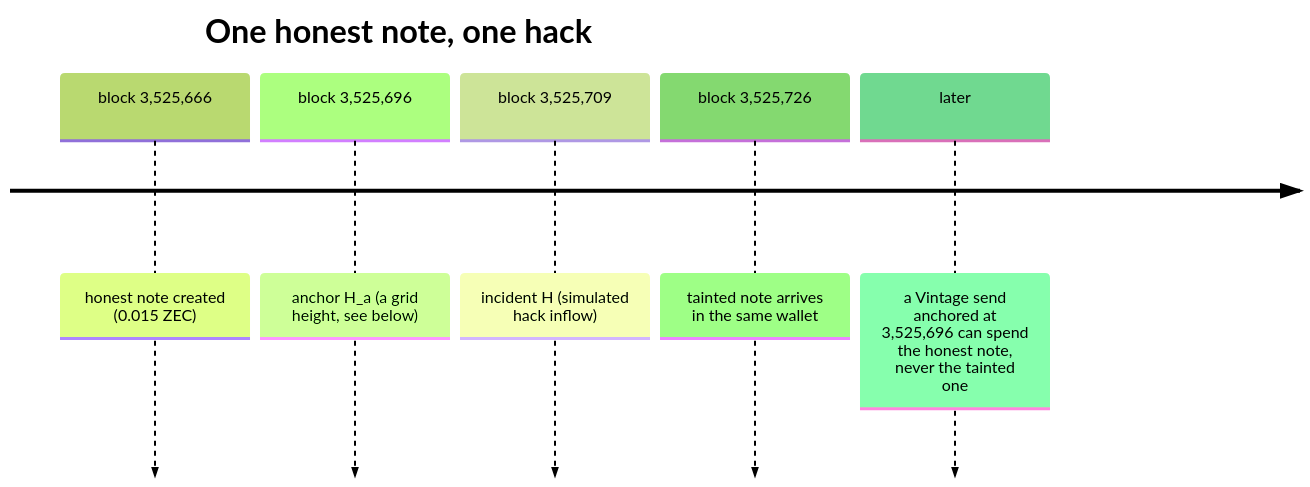
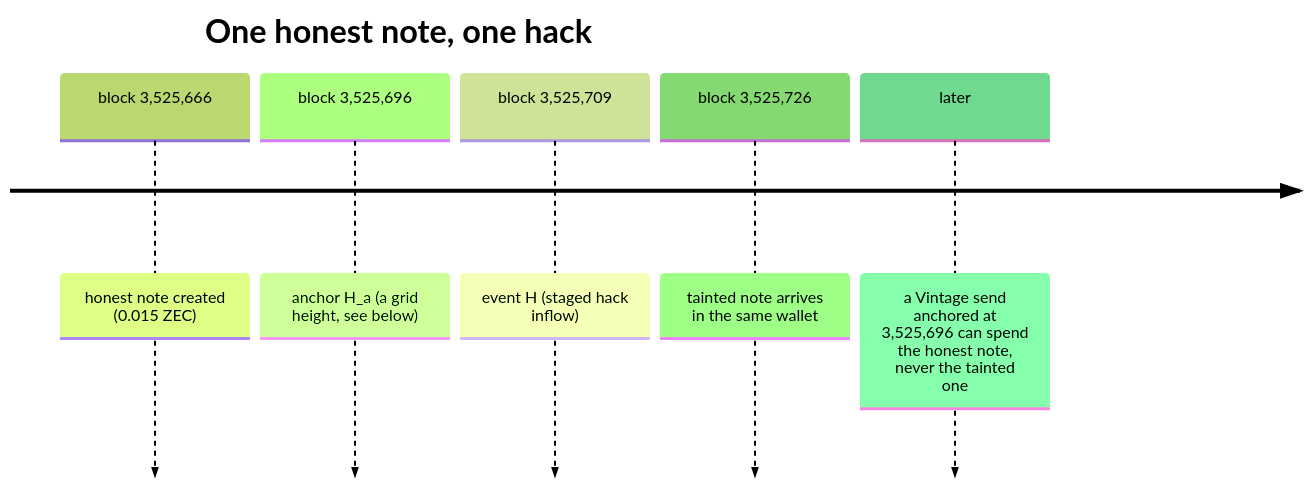
One commit to Samuel-Chuku/vintage changed the second of 5 diagrams in docs/HOW_IT_WORKS.md. Above: the diagram before and after it, drawn with Mermaid (forest theme). The commit also changed other lines of this file and 49 other files, not shown here.

````diff
--- a/docs/HOW_IT_WORKS.md
+++ b/docs/HOW_IT_WORKS.md
@@ -68,9 +70,9 @@
 ```mermaid
 timeline
     title One honest note, one hack
     block 3,525,666 : honest note created (0.015 ZEC)
     block 3,525,696 : anchor H_a (a grid height, see below)
-    block 3,525,709 : incident H (simulated hack inflow)
+    block 3,525,709 : event H (staged hack inflow)
     block 3,525,726 : tainted note arrives in the same wallet
     later : a Vintage send anchored at 3,525,696 can spend the honest note, never the tainted one
 ```
````
